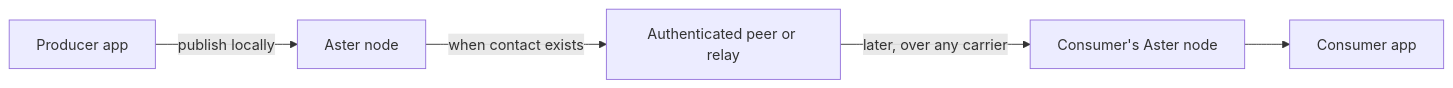
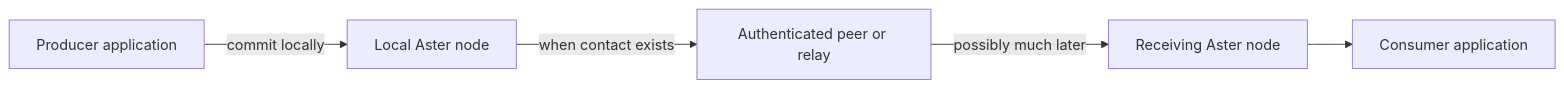
One commit to asirak-astertech/aster changed the diagram in README.md. Above: the diagram before and after it, drawn with Mermaid. The commit also changed other lines of this file and 12 other files, not shown here.

````diff
--- a/README.md
+++ b/README.md
@@ -72,7 +47,7 @@
 ```mermaid
 flowchart LR
-    A["Producer app"] -->|"publish locally"| B["Aster node"]
+    A["Producer application"] -->|"commit locally"| B["Local Aster node"]
     B -->|"when contact exists"| C["Authenticated peer or relay"]
-    C -->|"later, over any carrier"| D["Consumer's Aster node"]
-    D --> E["Consumer app"]
+    C -->|"possibly much later"| D["Receiving Aster node"]
+    D --> E["Consumer application"]
 ```
````
